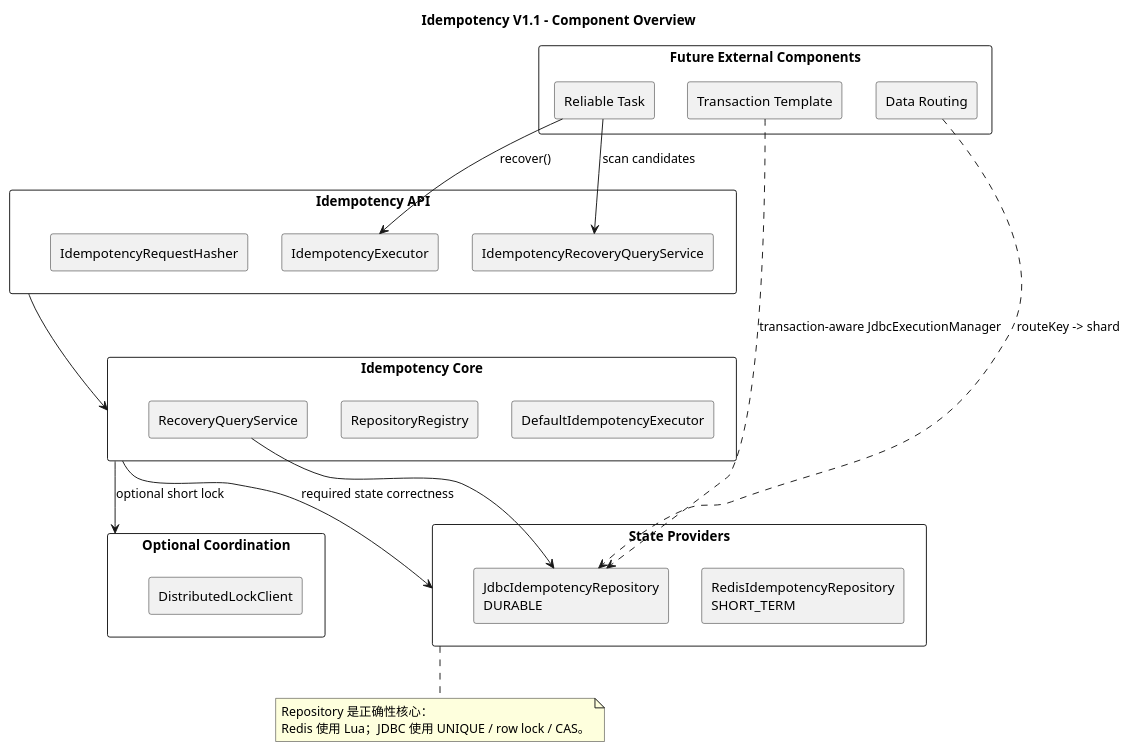
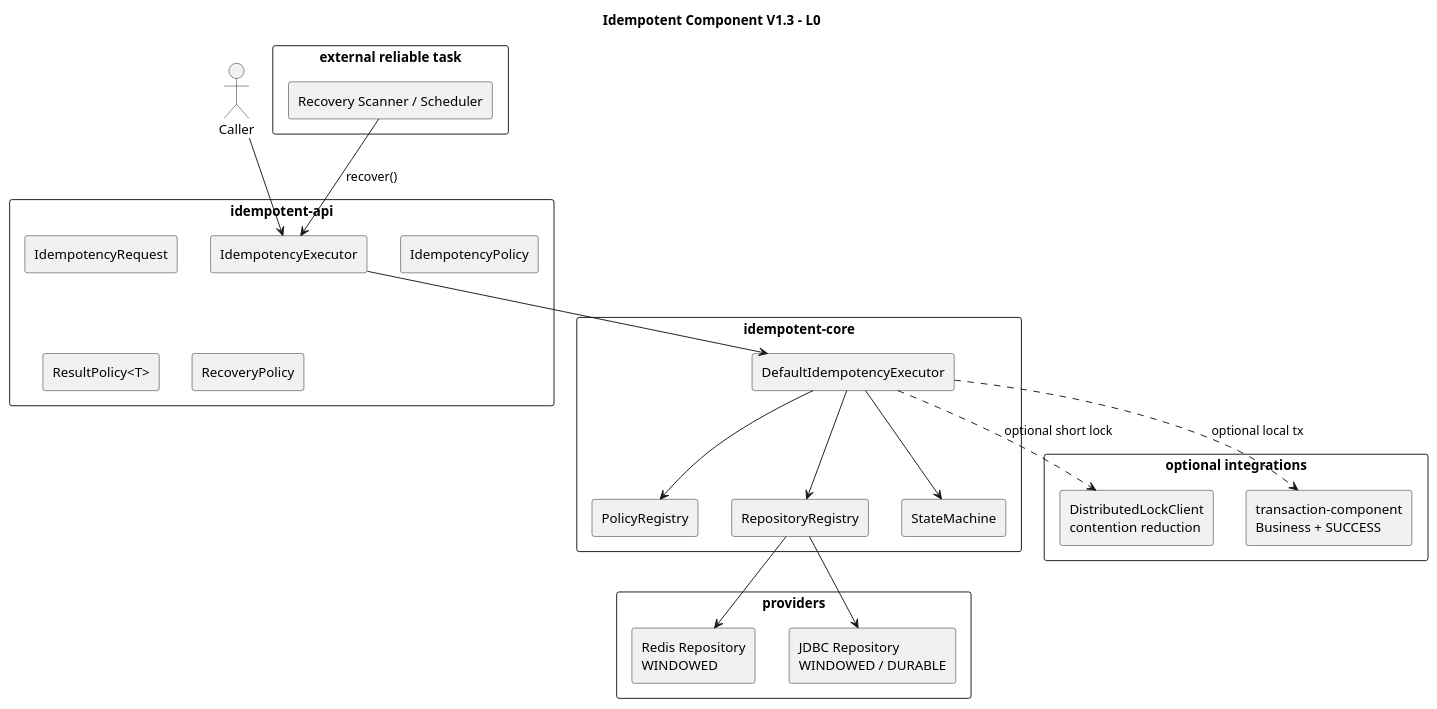
Before and after one commit to pbxjtumse/cola-web-standard: the diagram in component/idempotent-component/docs/diagrams/component/L0-overview.puml, drawn with PlantUML. The commit also changed 201 other files, not shown here.

```diff
--- a/component/idempotent-component/docs/diagrams/component/L0-overview.puml
+++ b/component/idempotent-component/docs/diagrams/component/L0-overview.puml
@@ -1,48 +1,47 @@
 @startuml
-title Idempotency V1.1 - Component Overview
+title Idempotent Component V1.3 - L0
 
-skinparam shadowing false
 skinparam componentStyle rectangle
 
-component "Idempotency API" as API {
+actor Caller
+
+rectangle "idempotent-api" {
   [IdempotencyExecutor]
-  [IdempotencyRecoveryQueryService]
-  [IdempotencyRequestHasher]
+  [IdempotencyRequest]
+  [IdempotencyPolicy]
+  [ResultPolicy<T>]
+  [RecoveryPolicy]
 }
 
-component "Idempotency Core" as CORE {
+rectangle "idempotent-core" {
+  [PolicyRegistry]
+  [RepositoryRegistry]
+  [StateMachine]
   [DefaultIdempotencyExecutor]
-  [RepositoryRegistry]
-  [RecoveryQueryService]
 }
 
-component "Optional Coordination" as COORD {
-  [DistributedLockClient]
+rectangle "providers" {
+  [Redis Repository\nWINDOWED]
+  [JDBC Repository\nWINDOWED / DURABLE]
 }
 
-component "State Providers" as PROVIDERS {
-  [RedisIdempotencyRepository\nSHORT_TERM]
-  [JdbcIdempotencyRepository\nDURABLE]
+rectangle "optional integrations" {
+  [DistributedLockClient\ncontention reduction]
+  [transaction-component\nBusiness + SUCCESS]
 }
 
-component "Future External Components" as FUTURE {
-  [Reliable Task]
-  [Transaction Template]
-  [Data Routing]
+rectangle "external reliable task" {
+  [Recovery Scanner / Scheduler]
 }
 
-API --> CORE
-CORE --> COORD : optional short lock
-CORE --> PROVIDERS : required state correctness
-[RecoveryQueryService] --> [JdbcIdempotencyRepository\nDURABLE]
-[Reliable Task] --> [IdempotencyRecoveryQueryService] : scan candidates
-[Reliable Task] --> [IdempotencyExecutor] : recover()
-[Transaction Template] ..> [JdbcIdempotencyRepository\nDURABLE] : transaction-aware JdbcExecutionManager
-[Data Routing] ..> [JdbcIdempotencyRepository\nDURABLE] : routeKey -> shard
-
-note bottom of PROVIDERS
-Repository 是正确性核心：
-Redis 使用 Lua；JDBC 使用 UNIQUE / row lock / CAS。
-end note
-
+Caller --> [IdempotencyExecutor]
+[IdempotencyExecutor] --> [DefaultIdempotencyExecutor]
+[DefaultIdempotencyExecutor] --> [PolicyRegistry]
+[DefaultIdempotencyExecutor] --> [RepositoryRegistry]
+[DefaultIdempotencyExecutor] --> [StateMachine]
+[RepositoryRegistry] --> [Redis Repository\nWINDOWED]
+[RepositoryRegistry] --> [JDBC Repository\nWINDOWED / DURABLE]
+[DefaultIdempotencyExecutor] ..> [DistributedLockClient\ncontention reduction] : optional short lock
+[DefaultIdempotencyExecutor] ..> [transaction-component\nBusiness + SUCCESS] : optional local tx
+[Recovery Scanner / Scheduler] --> [IdempotencyExecutor] : recover()
 @enduml
```
